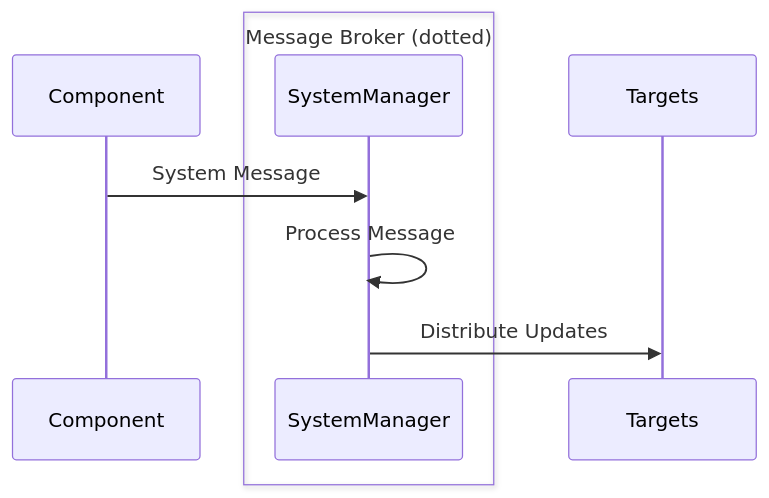
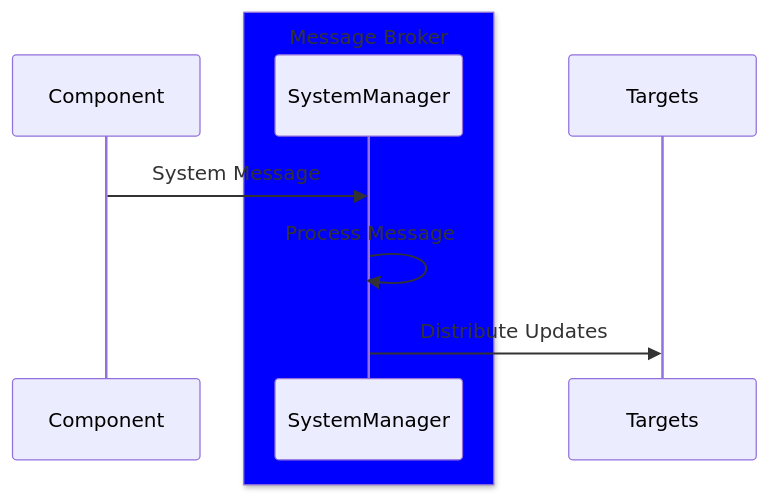
One commit to DeX-Group-LLC/mb-server-node changed the fourth of 4 diagrams in docs/concepts/message-flow.md. Above: the diagram before and after it, drawn with Mermaid. The commit also changed other lines of this file, not shown here.

First line of the commit message:
Update message flow diagrams with blue component box styling

````diff
--- a/docs/concepts/message-flow.md
+++ b/docs/concepts/message-flow.md
@@ -88,12 +88,12 @@
 ```mermaid
 sequenceDiagram
     participant Component
-    box Message Broker (dotted)
+    box Blue Message Broker
     participant SystemManager
     end
     participant Targets
 
     Component->>SystemManager: System Message
     SystemManager->>SystemManager: Process Message
     SystemManager->>Targets: Distribute Updates
 ```
````
